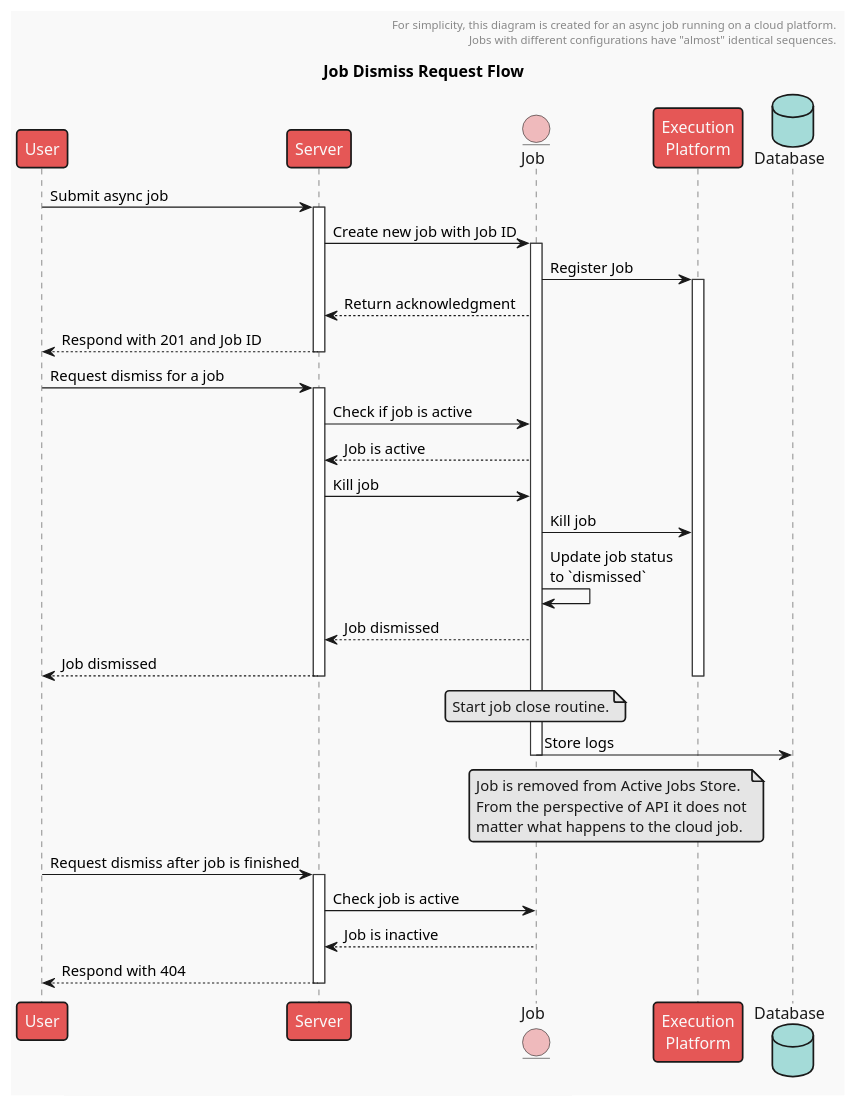
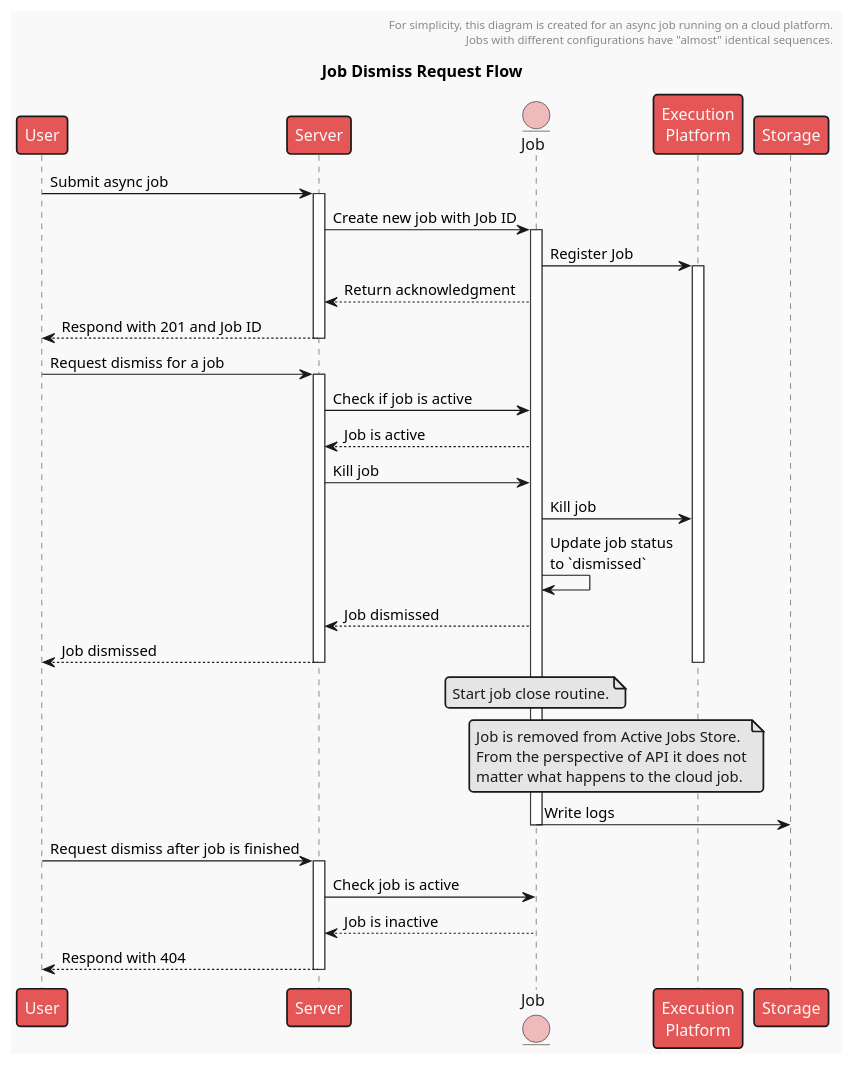
The diagram in imgs/umls/sequence-diagrams/dismiss.puml (Dewberry/process-api), drawn with PlantUML before and after one commit. The commit also changed 4 other files, not shown here.

Commit message:
Update UML diagrams

```diff
--- a/imgs/umls/sequence-diagrams/dismiss.puml
+++ b/imgs/umls/sequence-diagrams/dismiss.puml
@@ -1,54 +1,55 @@
 @startuml dismiss
 !theme mars
 
 title Job Dismiss Request Flow
 header
     For simplicity, this diagram is created for an async job running on a cloud platform.
     Jobs with different configurations have "almost" identical sequences.
 end header
 
 participant User
 participant Server
 entity Job
 participant "Execution\nPlatform"
-database Database
+participant Storage
 
 User -> Server: Submit async job
 activate Server
 
 Server -> Job: Create new job with Job ID
 activate Job
 Job -> "Execution\nPlatform": Register Job
 activate "Execution\nPlatform"
 
 Job --> Server: Return acknowledgment
 Server --> User: Respond with 201 and Job ID
 deactivate Server
 
 User -> Server: Request dismiss for a job
 activate Server
 Server -> Job: Check if job is active
 Job --> Server: Job is active
 Server -> Job: Kill job
 Job -> "Execution\nPlatform": Kill job
 Job -> Job: Update job status\nto `dismissed`
 Job --> Server: Job dismissed
 Server --> User: Job dismissed
 deactivate Server
 
 note over Job: Start job close routine.
+note over Job, "Execution\nPlatform": Job is removed from Active Jobs Store.\nFrom the perspective of API it does not\nmatter what happens to the cloud job.
+
 deactivate "Execution\nPlatform"
 
-Job -> Database: Store logs
+Job -> Storage: Write logs
 deactivate Job
 
-note over Job, "Execution\nPlatform": Job is removed from Active Jobs Store.\nFrom the perspective of API it does not\nmatter what happens to the cloud job.
 
 User -> Server: Request dismiss after job is finished
 activate Server
 Server -> Job: Check job is active
 Job --> Server: Job is inactive
 Server --> User: Respond with 404
 deactivate Server
 
 @enduml
```
